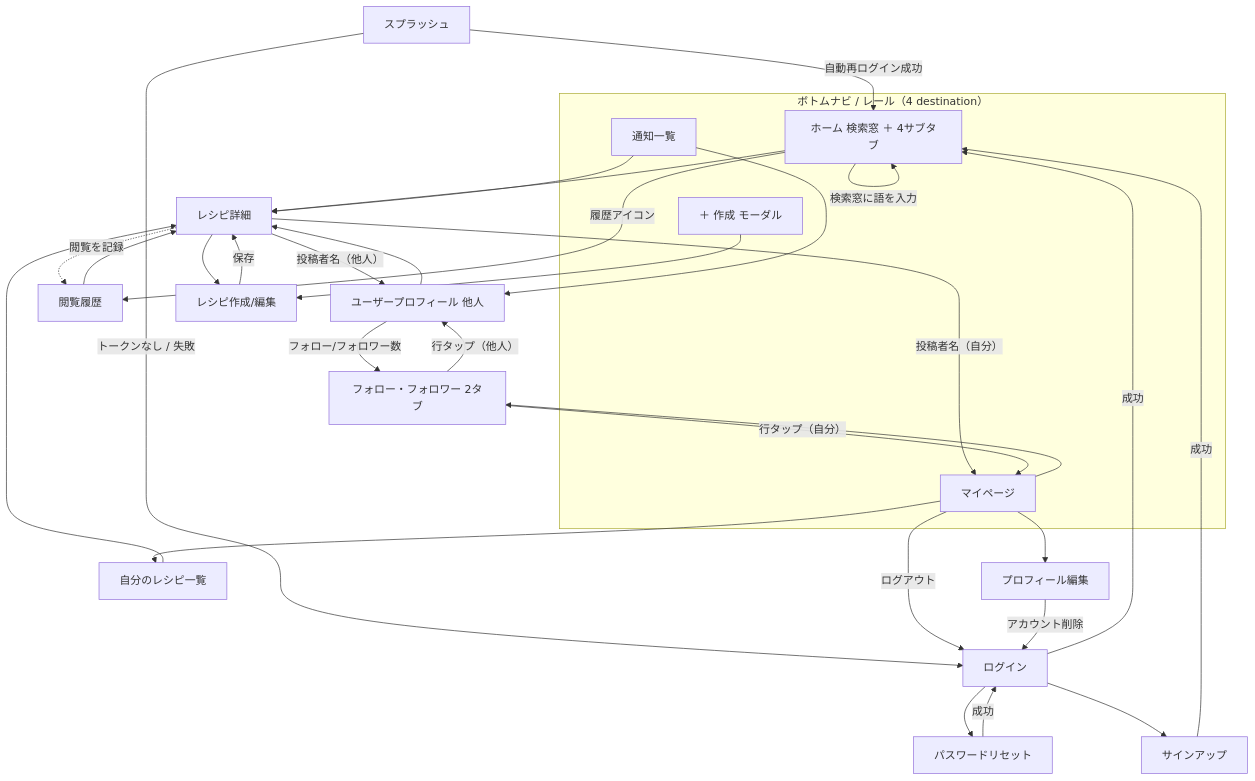
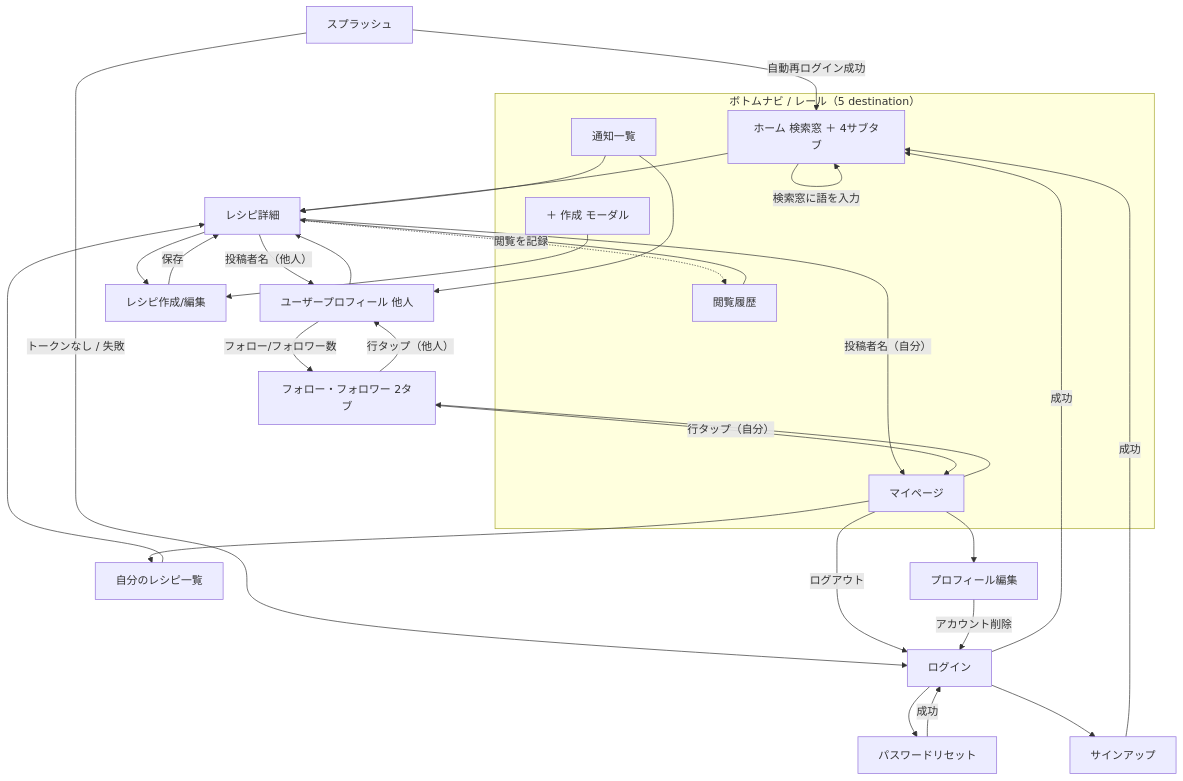
Before and after one commit to yamamotonaoki3/Recipi: the first of 7 diagrams in docs/requirements/screens/transitions.md, drawn with Mermaid. The commit also changed 13 other files, not shown here.

````diff
--- a/docs/requirements/screens/transitions.md
+++ b/docs/requirements/screens/transitions.md
@@ -7,43 +7,43 @@
 ```mermaid
 flowchart TD
     Splash[スプラッシュ]
     Splash -->|自動再ログイン成功| Home
     Splash -->|トークンなし / 失敗| Login[ログイン]
 
     Login --> Signup[サインアップ]
     Login --> PwReset[パスワードリセット]
     Login -->|成功| Home
     Signup -->|成功| Home
     PwReset -->|成功| Login
 
-    subgraph BottomNav[ボトムナビ / レール（4 destination）]
+    subgraph BottomNav[ボトムナビ / レール（5 destination）]
       Home[ホーム 検索窓 ＋ 4サブタブ]
+      History[閲覧履歴]
       Create[＋ 作成 モーダル]
       Notif[通知一覧]
       MyPage[マイページ]
     end
 
     Home -->|検索窓に語を入力| Home
     Home --> Detail[レシピ詳細]
-    Home -->|履歴アイコン| History[閲覧履歴]
     History --> Detail
     Detail -.->|閲覧を記録| History
     Notif --> Detail
     Notif --> UserProfile[ユーザープロフィール 他人]
     MyPage --> MyRecipes[自分のレシピ一覧]
     MyPage --> Connections[フォロー・フォロワー 2タブ]
     MyPage --> ProfileEdit[プロフィール編集]
     MyPage -->|ログアウト| Login
 
     Detail --> Editor[レシピ作成/編集]
     Create --> Editor
     Editor -->|保存| Detail
     Detail -->|投稿者名（他人）| UserProfile
     Detail -->|投稿者名（自分）| MyPage
     MyRecipes --> Detail
     UserProfile --> Detail
     UserProfile -->|フォロー/フォロワー数| Connections
     Connections -->|行タップ（他人）| UserProfile
     Connections -->|行タップ（自分）| MyPage
     ProfileEdit -->|アカウント削除| Login
 ```
````
